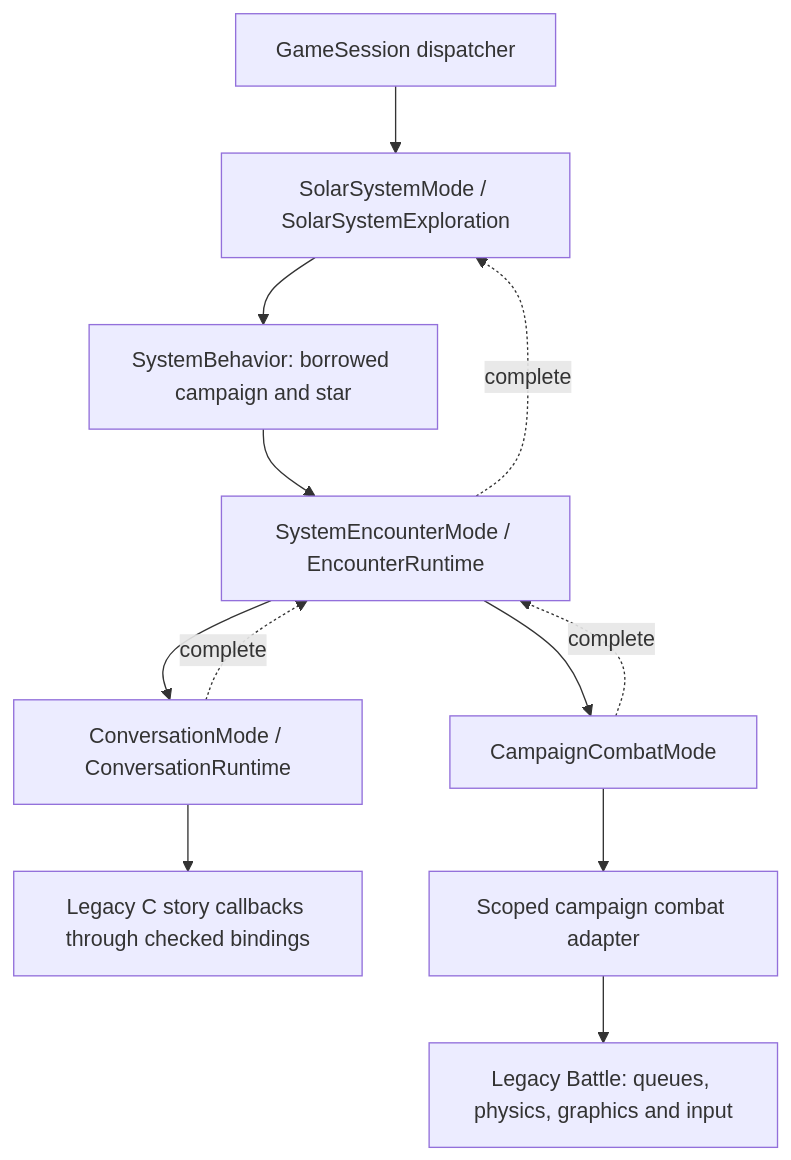
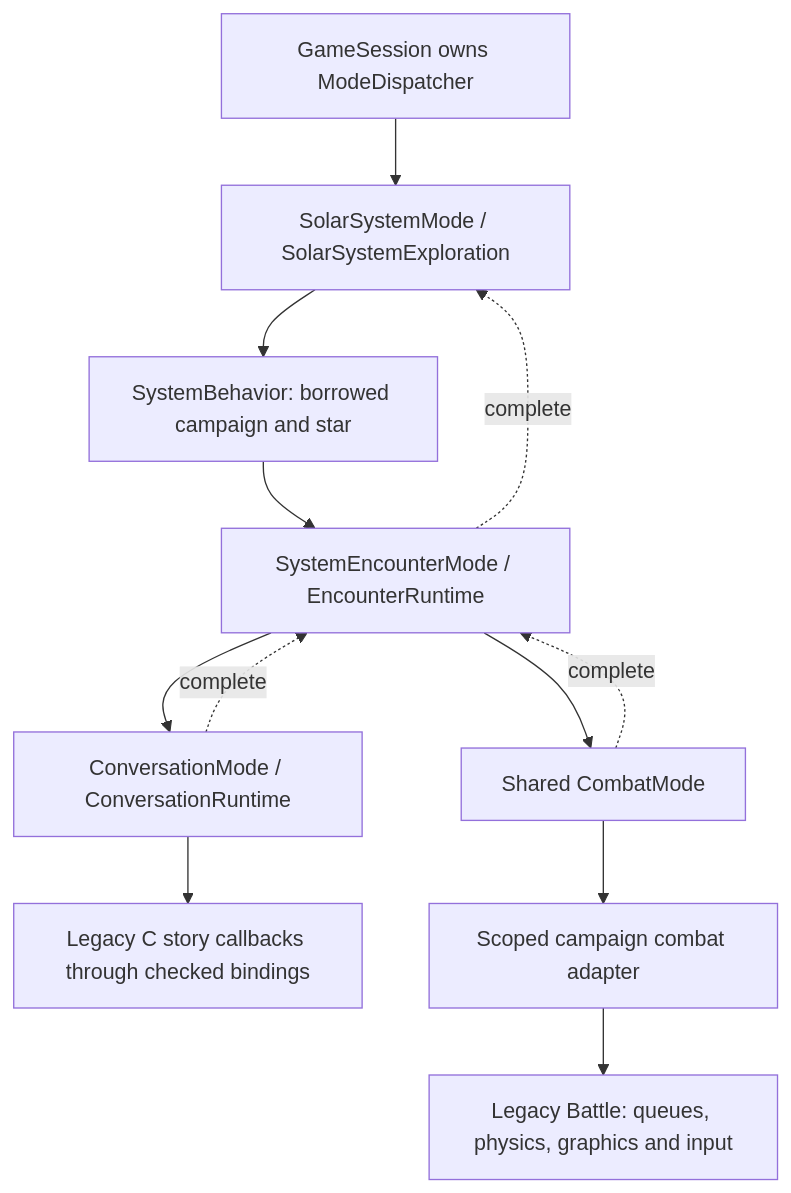
One commit to yost-jacob/uqm-cpp17 changed the diagram in docs/design/encapsulation-roadmap.md. Above: the diagram before and after it, drawn with Mermaid. The commit also changed other lines of this file and 28 other files, not shown here.

Commit message:
Share mode dispatch and combat between campaign and arcade

````diff
--- a/docs/design/encapsulation-roadmap.md
+++ b/docs/design/encapsulation-roadmap.md
@@ -13,14 +13,14 @@
 ```mermaid
 flowchart TD
-    Session[GameSession dispatcher] --> Explore[SolarSystemMode / SolarSystemExploration]
+    Session[GameSession owns ModeDispatcher] --> Explore[SolarSystemMode / SolarSystemExploration]
     Explore --> Behavior[SystemBehavior: borrowed campaign and star]
     Behavior --> Encounter[SystemEncounterMode / EncounterRuntime]
     Encounter --> Conversation[ConversationMode / ConversationRuntime]
-    Encounter --> Combat[CampaignCombatMode]
+    Encounter --> Combat[Shared CombatMode]
     Conversation --> Scripts[Legacy C story callbacks through checked bindings]
     Combat --> Backend[Scoped campaign combat adapter]
     Backend --> Engine[Legacy Battle: queues, physics, graphics and input]
     Conversation -. complete .-> Encounter
     Combat -. complete .-> Encounter
     Encounter -. complete .-> Explore
 ```
````
